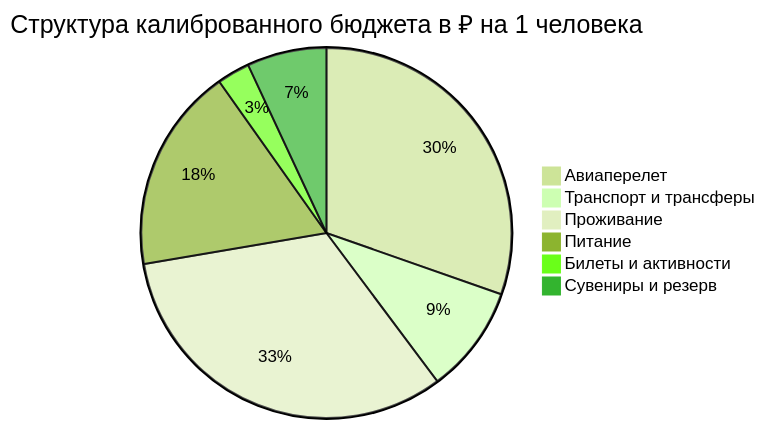
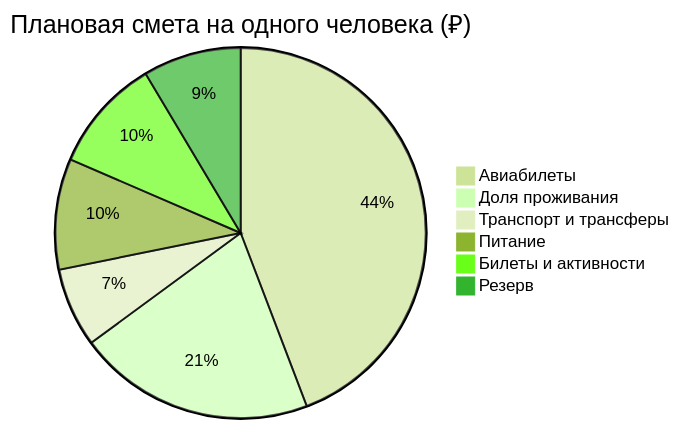
The diagram in Personal Note/Travel/-- Владивосток/04 - Финансы/Финансы.md (injurka/obsidian-mark), drawn with Mermaid (forest theme) before and after one commit. The commit also changed other lines of this file and 47 other files, not shown here.

````diff
--- a/Personal Note/Travel/-- Владивосток/04 - Финансы/Финансы.md
+++ b/Personal Note/Travel/-- Владивосток/04 - Финансы/Финансы.md
@@ -11,9 +12,9 @@
 ```mermaid
-pie title Структура калиброванного бюджета в ₽ на 1 человека
-    "Авиаперелет" : 35000
-    "Транспорт и трансферы" : 10850
-    "Проживание" : 37500
-    "Питание" : 20600
-    "Билеты и активности" : 3300
-    "Сувениры и резерв" : 8000
+pie title Плановая смета на одного человека (₽)
+    "Авиабилеты" : 80000
+    "Доля проживания" : 37500
+    "Транспорт и трансферы" : 12500
+    "Питание" : 17500
+    "Билеты и активности" : 18000
+    "Резерв" : 15500
 ```
````
